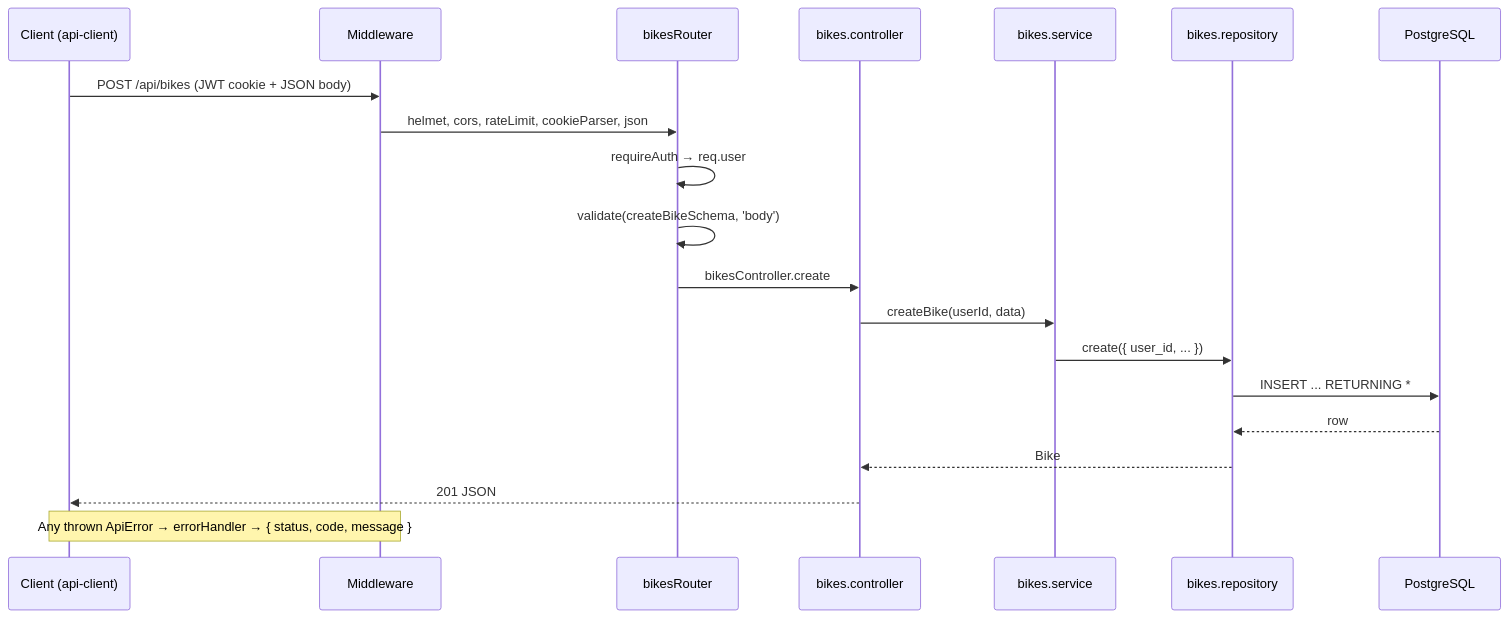
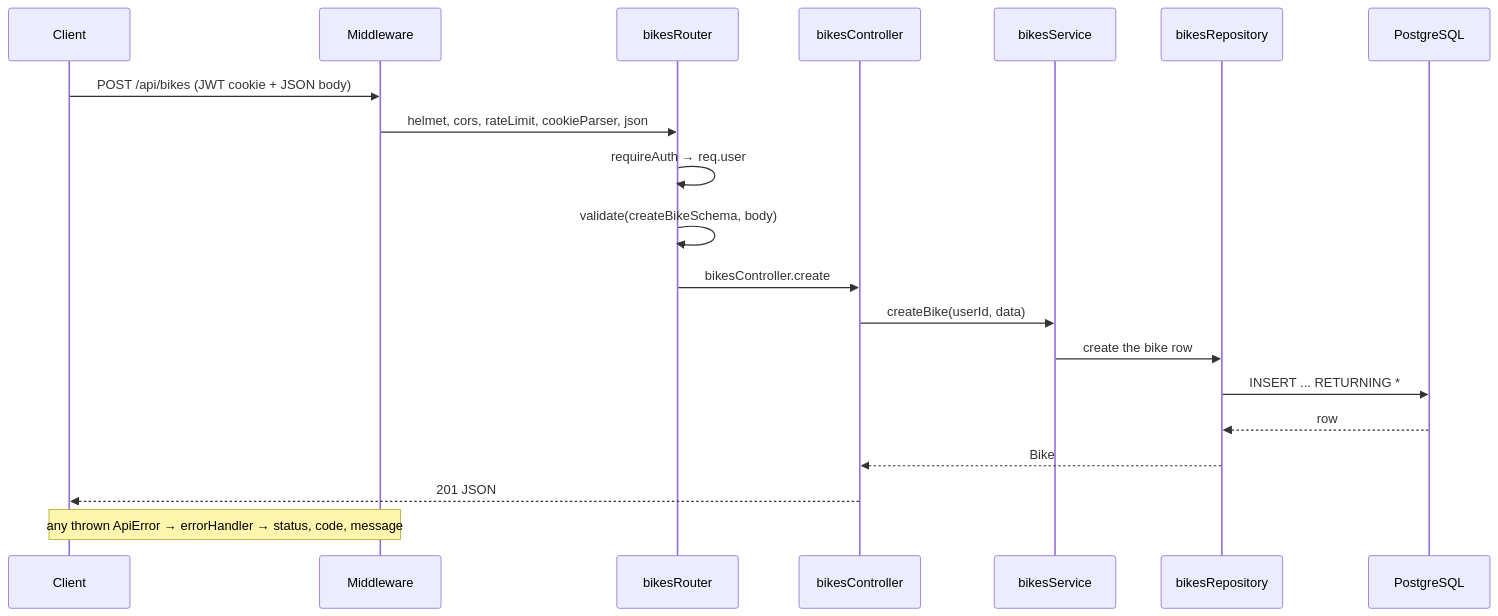
One commit to Ticulet/bike-connect changed the second of 3 diagrams in ONBOARDING.md. Above: the diagram before and after it, drawn with Mermaid. The commit also changed other lines of this file and 1 other file, not shown here.

First line of the commit message:
docs: fix and style mermaid diagrams; expand ONBOARDING TOC

````diff
--- a/ONBOARDING.md
+++ b/ONBOARDING.md
@@ -228,22 +245,22 @@
 ```mermaid
 sequenceDiagram
-  participant C as Client (api-client)
+  participant C as Client
   participant MW as Middleware
   participant R as bikesRouter
-  participant Ctl as bikes.controller
-  participant Svc as bikes.service
-  participant Repo as bikes.repository
+  participant Ctl as bikesController
+  participant Svc as bikesService
+  participant Repo as bikesRepository
   participant DB as PostgreSQL
-  C->>MW: POST /api/bikes  (JWT cookie + JSON body)
+  C->>MW: POST /api/bikes (JWT cookie + JSON body)
   MW->>R: helmet, cors, rateLimit, cookieParser, json
   R->>R: requireAuth → req.user
-  R->>R: validate(createBikeSchema, 'body')
+  R->>R: validate(createBikeSchema, body)
   R->>Ctl: bikesController.create
   Ctl->>Svc: createBike(userId, data)
-  Svc->>Repo: create({ user_id, ... })
+  Svc->>Repo: create the bike row
   Repo->>DB: INSERT ... RETURNING *
   DB-->>Repo: row
   Repo-->>Ctl: Bike
   Ctl-->>C: 201 JSON
-  Note over C,MW: Any thrown ApiError → errorHandler → { status, code, message }
+  Note over C,MW: any thrown ApiError → errorHandler → status, code, message
 ```
````
